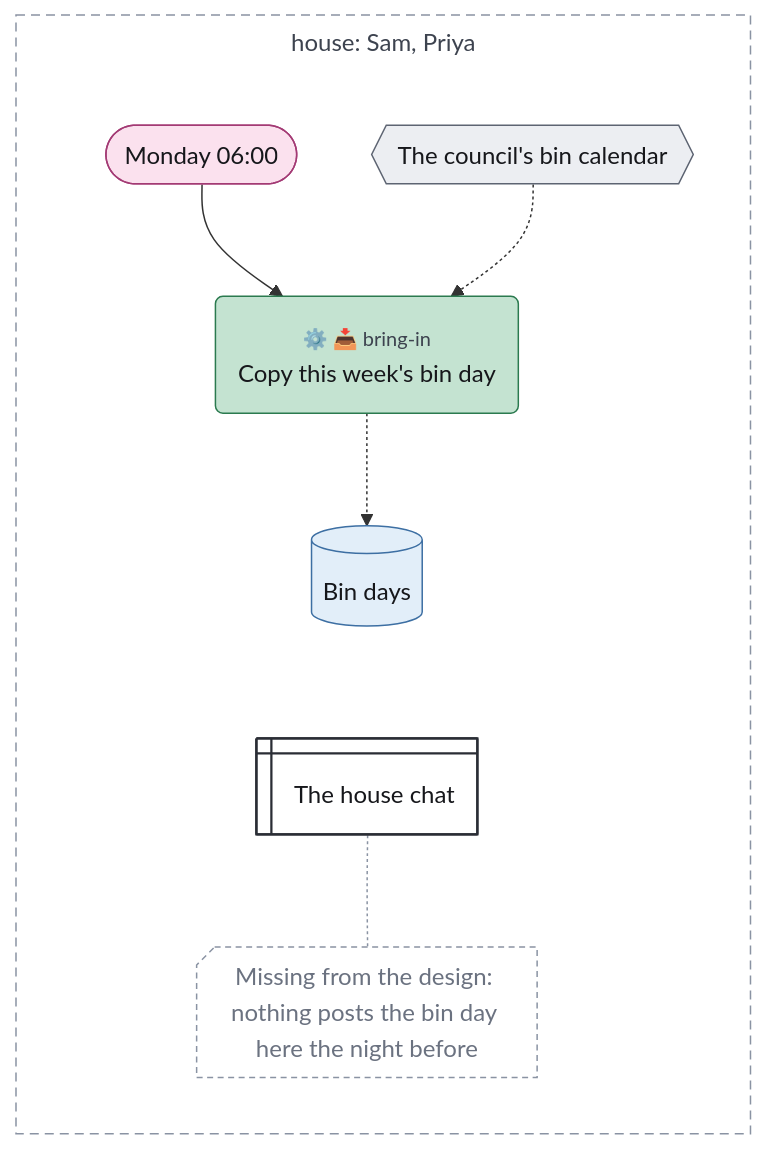
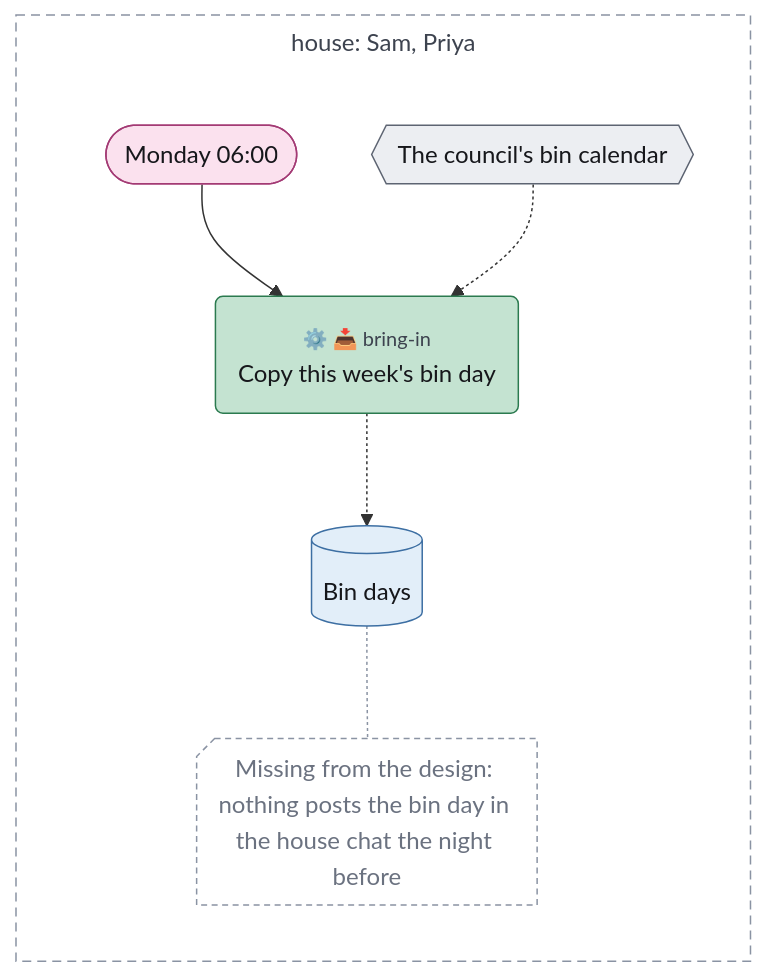
The diagram in examples/tour/08-gap.mmd (chrismdp/awml), drawn with Mermaid before and after one commit. The commit also changed 65 other files, not shown here.

```diff
--- a/examples/tour/08-gap.mmd
+++ b/examples/tour/08-gap.mmd
@@ -1,44 +1,41 @@
 ---
 config:
   theme: default
   fontFamily: Inter, sans-serif
   flowchart:
     useMaxWidth: false
     subGraphTitleMargin:
       top: 6
       bottom: 30
 ---
 flowchart TB
   subgraph house["house#58; Sam#44; Priya"]
     direction TB
     monday(["Monday 06#58;00"])
     council{{"The council#39;s bin calendar"}}
     copy("<small style='color:rgb(61,67,79)'>⚙️ 📥 bring-in</small><br>Copy this week#39;s bin day")
     bins[("Bin days")]
-    chat@{ shape: win-pane, label: "The house chat" }
-    gap@{ shape: notch-rect, label: "Missing from the design#58; nothing posts the bin day here the night before" }
+    gap@{ shape: notch-rect, label: "Missing from the design#58; nothing posts the bin day in the house chat the night before" }
   end
 
   monday --> copy
   council -.-> copy
   copy -.-> bins
-  bins ~~~ chat
-  chat -.- gap
+  bins -.- gap
   classDef trig fill:#fbe1ee,stroke:#a33a74,color:#16171b
   classDef ctx fill:#e2eef9,stroke:#3d6fa3,color:#16171b
   classDef con fill:#eceef2,stroke:#5d6472,color:#16171b
   classDef surf fill:#ffffff,stroke:#2a2d35,stroke-width:1.5px,color:#16171b
   classDef out fill:#fde4dc,stroke:#b5532f,color:#16171b
   classDef ai fill:#cdd3fb,stroke:#3b4bb0,color:#16171b
   classDef code fill:#c4e3d1,stroke:#2b7a4f,color:#16171b
   classDef person fill:#f7d79a,stroke:#9a6100,color:#16171b
   classDef uml fill:#16171b,stroke:#16171b,color:#16171b
   classDef gap fill:#ffffff,stroke:#8a93a3,stroke-dasharray:4 3,color:#6b7280
   class monday trig
   class bins ctx
   class council con
-  class chat surf
   class copy code
   class gap gap
   style house fill:transparent,stroke:#8a93a3,stroke-dasharray:6 4,color:#3d434f
-  linkStyle 4 stroke:#8a93a3
+  linkStyle 3 stroke:#8a93a3
```
